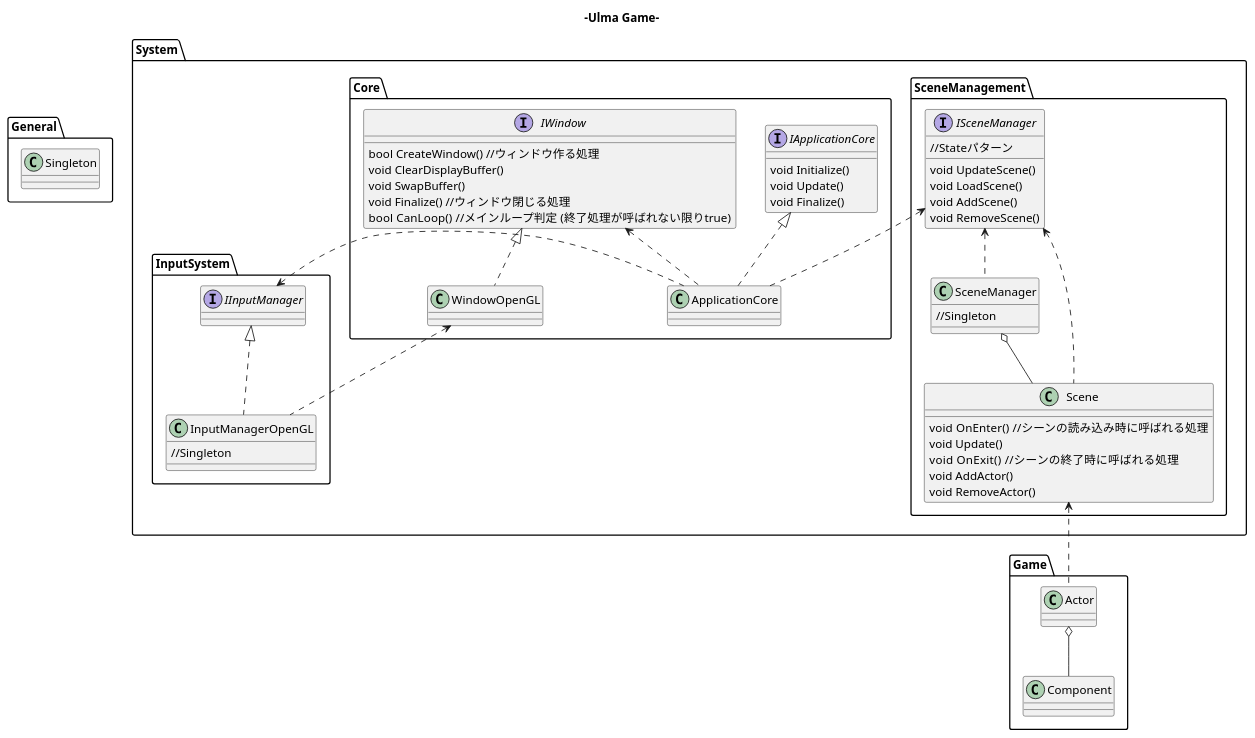
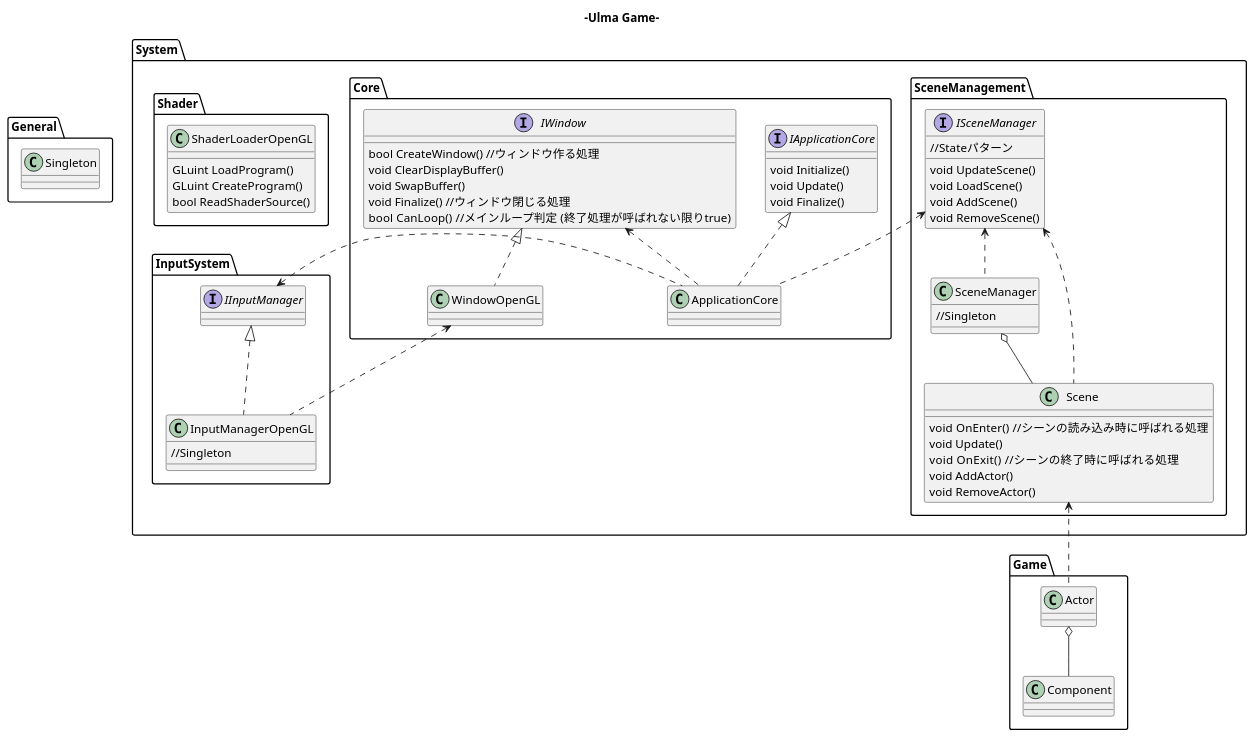
Before and after one commit to Ulma-S/UlmaGame: the diagram in Specification/uml/class_diagram.pu, drawn with PlantUML. The commit also changed 14 other files, not shown here.

```diff
--- a/Specification/uml/class_diagram.pu
+++ b/Specification/uml/class_diagram.pu
@@ -1,87 +1,95 @@
 @startuml
 title -Ulma Game-
 package General{
     class Singleton{
 
     }
 }
 
 package System{
     package Core{
         interface IWindow{
             bool CreateWindow() //ウィンドウ作る処理
             void ClearDisplayBuffer()
             void SwapBuffer()
             void Finalize() //ウィンドウ閉じる処理
             bool CanLoop()  //メインループ判定 (終了処理が呼ばれない限りtrue)
         }
 
         class WindowOpenGL{
         }
         IWindow <|.. WindowOpenGL
 
         interface IApplicationCore{
             void Initialize()
             void Update()
             void Finalize()
         }
 
         class ApplicationCore{
 
         }
         IApplicationCore <|.. ApplicationCore
         IWindow <.. ApplicationCore
     }
 
     package SceneManagement{
         interface ISceneManager{
             //Stateパターン
             void UpdateScene()
             void LoadScene()
             void AddScene()
             void RemoveScene()
         }
 
         class SceneManager{
             //Singleton
         }
 
         class Scene{
             void OnEnter()  //シーンの読み込み時に呼ばれる処理
             void Update()
             void OnExit()   //シーンの終了時に呼ばれる処理
             void AddActor()
             void RemoveActor()
         }
         ISceneManager <.. SceneManager
         ISceneManager <.. Scene
         SceneManager o-- Scene
     }
     ISceneManager <.. ApplicationCore
 
     package InputSystem{
-    interface IInputManager{
+        interface IInputManager{
 
+        }
+
+        class InputManagerOpenGL{
+            //Singleton
+        }
+        IInputManager <|.. InputManagerOpenGL
+        WindowOpenGL <.. InputManagerOpenGL
+        IInputManager <.. ApplicationCore
     }
 
-    class InputManagerOpenGL{
-        //Singleton
-    }
-    IInputManager <|.. InputManagerOpenGL
-    WindowOpenGL <.. InputManagerOpenGL
-    IInputManager <.. ApplicationCore
+    package Shader{
+        class ShaderLoaderOpenGL{
+            GLuint LoadProgram()
+            GLuint CreateProgram()
+            bool ReadShaderSource()
+        }
     }
 }
 
 package Game{
     class Actor{
 
     }
 
     class Component{
 
     }
 }
 Scene <.. Actor
 Actor o-- Component
 @enduml
```
